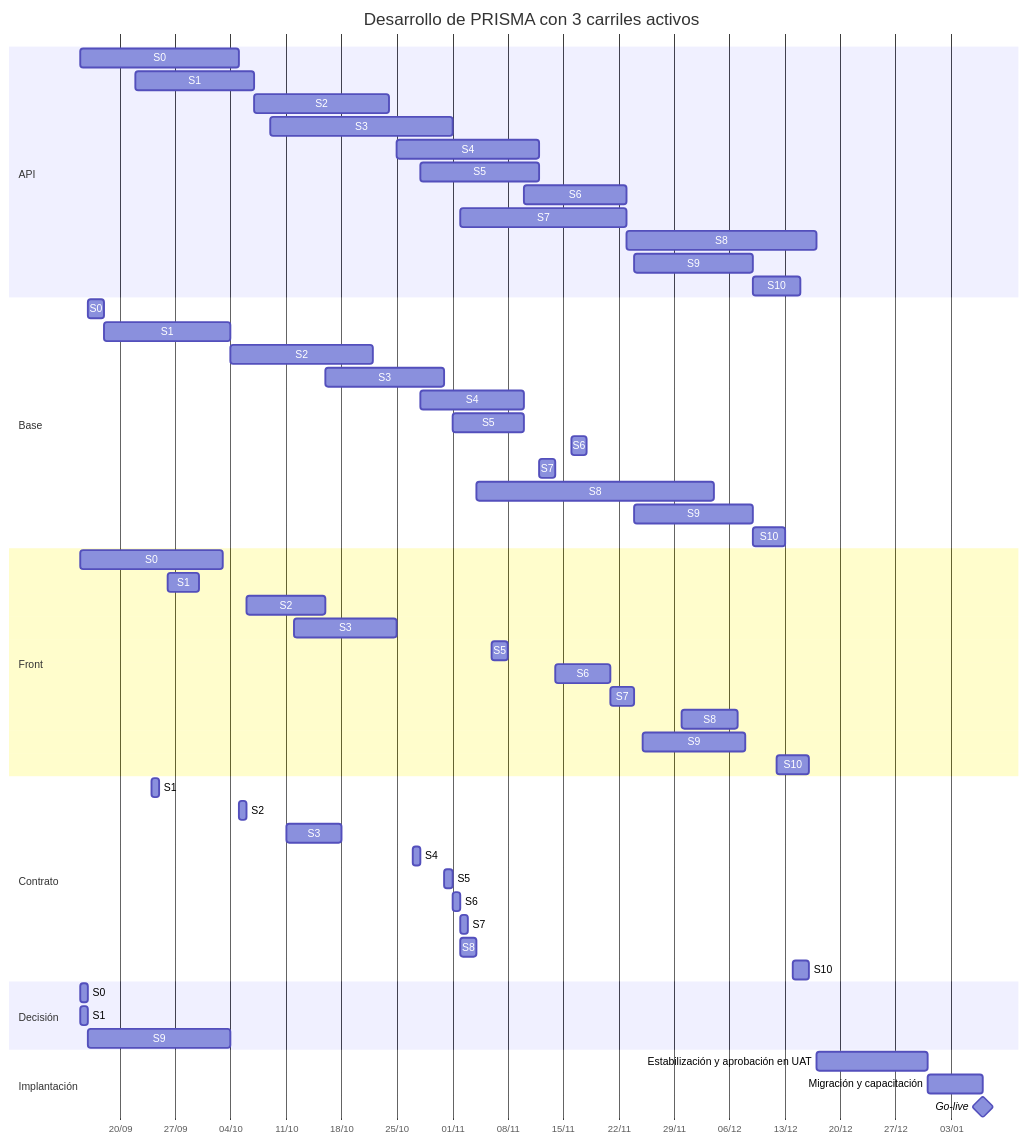
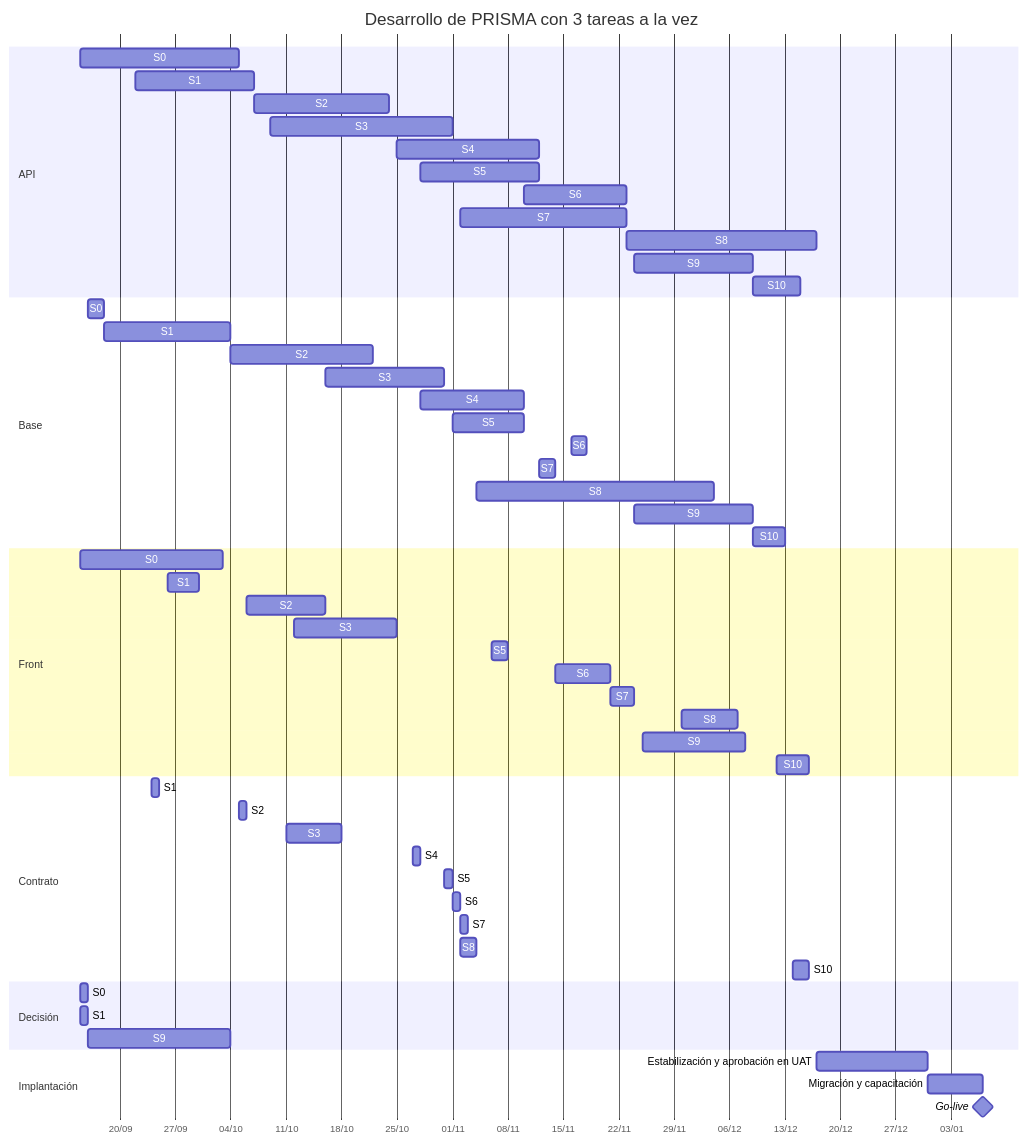
Before and after one commit to Juanchope039/Emprende-Documentation: the first of 2 diagrams in docs/08-plan-de-desarrollo.md, drawn with Mermaid. The commit also changed other lines of this file and 47 other files, not shown here.

````diff
--- a/docs/08-plan-de-desarrollo.md
+++ b/docs/08-plan-de-desarrollo.md
@@ -241,65 +241,65 @@
 ```mermaid
 gantt
-    title Desarrollo de PRISMA con 3 carriles activos
+    title Desarrollo de PRISMA con 3 tareas a la vez
     dateFormat YYYY-MM-DD
     axisFormat %d/%m
 
     section API
     S0 :api0, 2026-09-15, 2026-10-05
     S1 :api1, 2026-09-22, 2026-10-07
     S2 :api2, 2026-10-07, 2026-10-24
     S3 :api3, 2026-10-09, 2026-11-01
     S4 :api4, 2026-10-25, 2026-11-12
     S5 :api5, 2026-10-28, 2026-11-12
     S6 :api6, 2026-11-10, 2026-11-23
     S7 :api7, 2026-11-02, 2026-11-23
     S8 :api8, 2026-11-23, 2026-12-17
     S9 :api9, 2026-11-24, 2026-12-09
     S10 :api10, 2026-12-09, 2026-12-15
 
     section Base
     S0 :base0, 2026-09-16, 2026-09-18
     S1 :base1, 2026-09-18, 2026-10-04
     S2 :base2, 2026-10-04, 2026-10-22
     S3 :base3, 2026-10-16, 2026-10-31
     S4 :base4, 2026-10-28, 2026-11-10
     S5 :base5, 2026-11-01, 2026-11-10
     S6 :base6, 2026-11-16, 2026-11-18
     S7 :base7, 2026-11-12, 2026-11-14
     S8 :base8, 2026-11-04, 2026-12-04
     S9 :base9, 2026-11-24, 2026-12-09
     S10 :base10, 2026-12-09, 2026-12-13
 
     section Front
     S0 :front0, 2026-09-15, 2026-10-03
     S1 :front1, 2026-09-26, 2026-09-30
     S2 :front2, 2026-10-06, 2026-10-16
     S3 :front3, 2026-10-12, 2026-10-25
     S5 :front5, 2026-11-06, 2026-11-08
     S6 :front6, 2026-11-14, 2026-11-21
     S7 :front7, 2026-11-21, 2026-11-24
     S8 :front8, 2026-11-30, 2026-12-07
     S9 :front9, 2026-11-25, 2026-12-08
     S10 :front10, 2026-12-12, 2026-12-16
 
     section Contrato
     S1 :contrato1, 2026-09-24, 2026-09-25
     S2 :contrato2, 2026-10-05, 2026-10-06
     S3 :contrato3, 2026-10-11, 2026-10-18
     S4 :contrato4, 2026-10-27, 2026-10-28
     S5 :contrato5, 2026-10-31, 2026-11-01
     S6 :contrato6, 2026-11-01, 2026-11-02
     S7 :contrato7, 2026-11-02, 2026-11-03
     S8 :contrato8, 2026-11-02, 2026-11-04
     S10 :contrato10, 2026-12-14, 2026-12-16
 
     section Decisión
     S0 :decisin0, 2026-09-15, 2026-09-16
     S1 :decisin1, 2026-09-15, 2026-09-16
     S9 :decisin9, 2026-09-16, 2026-10-04
 
     section Implantación
     Estabilización y aprobación en UAT :est, 2026-12-17, 2026-12-31
     Migración y capacitación :mig, 2026-12-31, 2027-01-07
     Go-live :milestone, 2027-01-07, 0d
 ```
````
